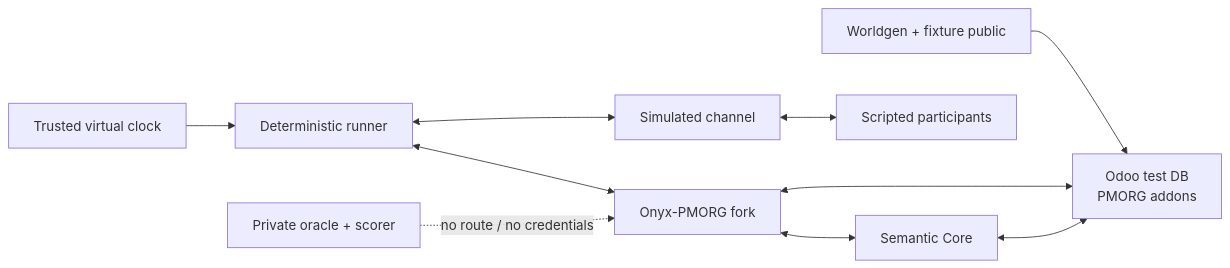
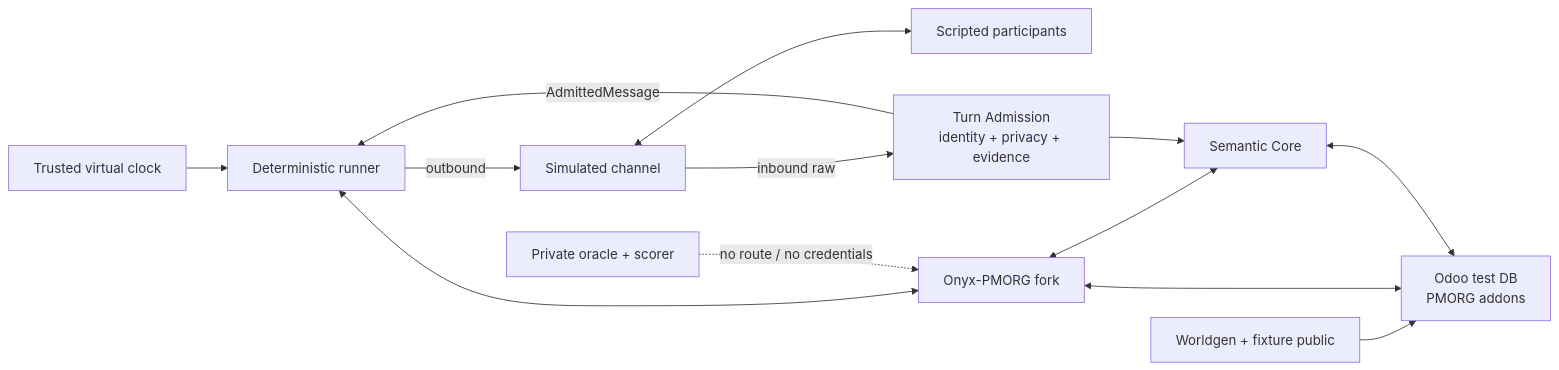
Before and after one commit to bmvv1995/PMORG: the diagram in docs/pmorg-v3/04-MVP.md, drawn with Mermaid. The commit also changed other lines of this file and 16 other files, not shown here.

````diff
--- a/docs/pmorg-v3/04-MVP.md
+++ b/docs/pmorg-v3/04-MVP.md
@@ -41,12 +41,15 @@
 ```mermaid
 flowchart LR
     W["Worldgen + fixture public"] --> O["Odoo test DB<br/>PMORG addons"]
     T["Trusted virtual clock"] --> R["Deterministic runner"]
-    R <--> C["Simulated channel"]
+    R -->|"outbound"| C["Simulated channel"]
     C <--> P["Scripted participants"]
+    C -->|"inbound raw"| A["Turn Admission<br/>identity + privacy + evidence"]
+    A -->|"AdmittedMessage"| R
     R <--> F["Onyx-PMORG fork"]
     F <--> S["Semantic Core"]
+    A --> S
     F <--> O
     S <--> O
     Q["Private oracle + scorer"] -. "no route / no credentials" .-> F
 ```
````
